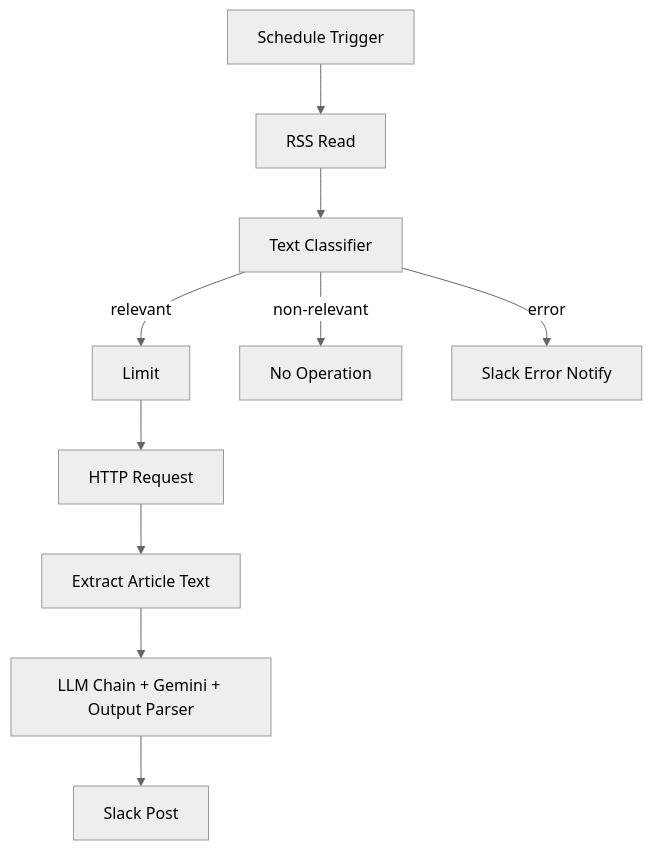
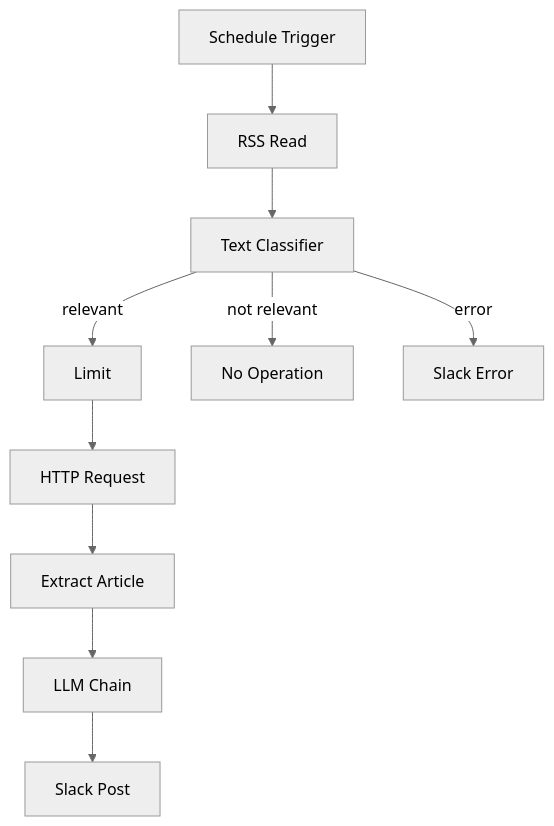
Before and after one commit to takumiwork-n8n/X_present_post_workflow: the diagram in 修正前/README.md, drawn with Mermaid (neutral theme). The commit also changed 1 other file, not shown here.

Commit message:
fix: quote all labels and remove hyphens/plus for dagre compat

````diff
--- a/修正前/README.md
+++ b/修正前/README.md
@@ -44,12 +44,12 @@
 ```mermaid
 graph TD
-    A[Schedule Trigger] --> B[RSS Read]
-    B --> C[Text Classifier]
-    C -- relevant --> D[Limit]
-    C -- non-relevant --> E[No Operation]
-    C -- error --> F[Slack Error Notify]
-    D --> G[HTTP Request]
-    G --> H[Extract Article Text]
-    H --> I[LLM Chain + Gemini + Output Parser]
-    I --> J[Slack Post]
+    A["Schedule Trigger"] --> B["RSS Read"]
+    B --> C["Text Classifier"]
+    C -- "relevant" --> D["Limit"]
+    C -- "not relevant" --> E["No Operation"]
+    C -- "error" --> F["Slack Error"]
+    D --> G["HTTP Request"]
+    G --> H["Extract Article"]
+    H --> I["LLM Chain"]
+    I --> J["Slack Post"]
 ```
````
